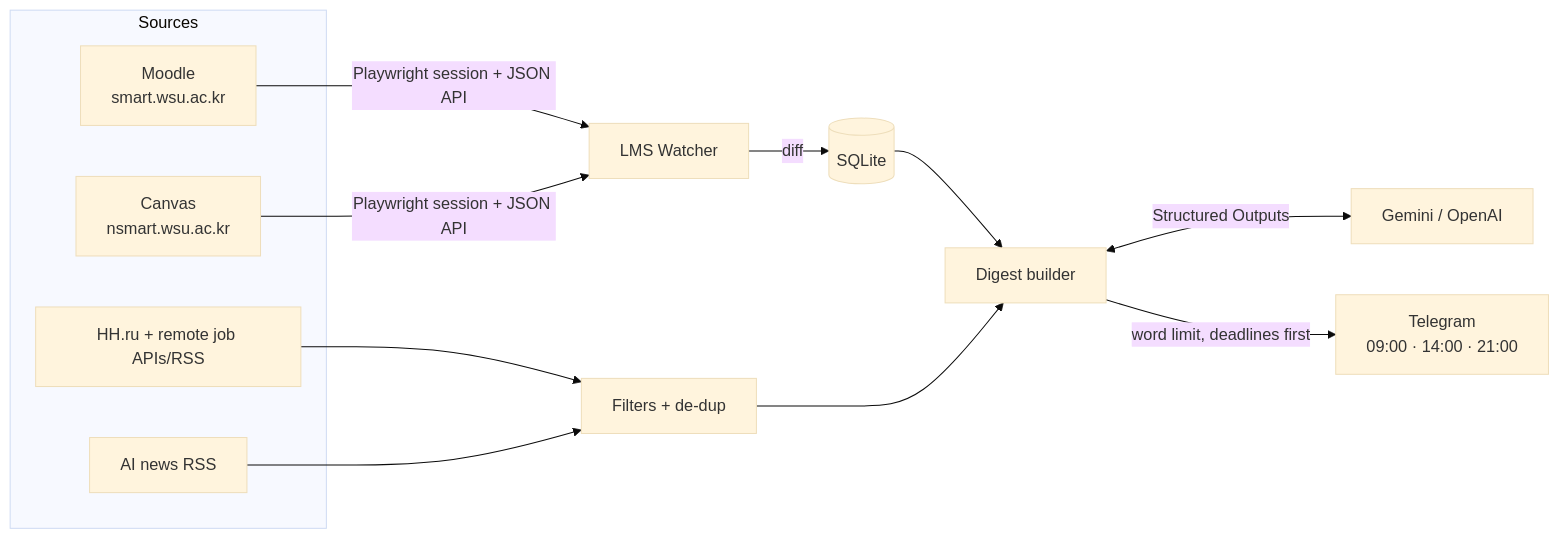
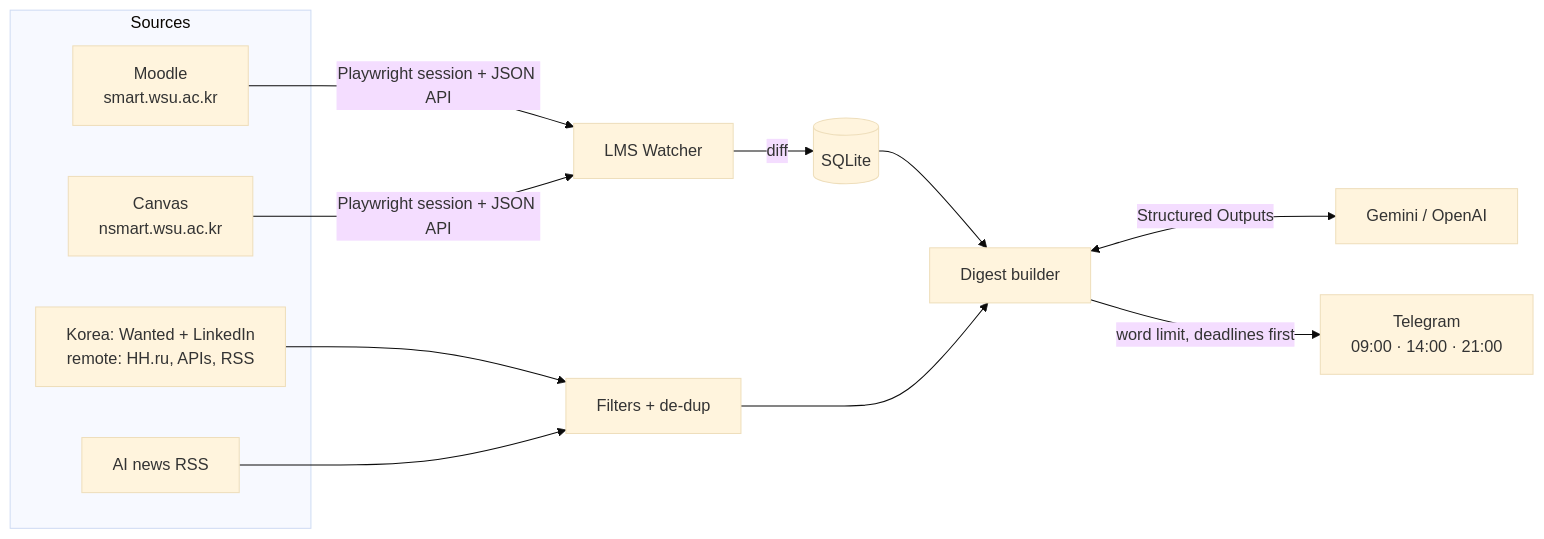
One commit to askarbekkk/ai-daily-assistant changed the diagram in README.md. Above: the diagram before and after it, drawn with Mermaid (base theme). The commit also changed other lines of this file and 7 other files, not shown here.

````diff
--- a/README.md
+++ b/README.md
@@ -54,16 +54,16 @@
 ```mermaid
 flowchart LR
   subgraph Sources
     LMS1[Moodle<br/>smart.wsu.ac.kr]
     LMS2[Canvas<br/>nsmart.wsu.ac.kr]
-    JOBS[HH.ru + remote job APIs/RSS]
+    JOBS[Korea: Wanted + LinkedIn<br/>remote: HH.ru, APIs, RSS]
     NEWS[AI news RSS]
   end
   LMS1 & LMS2 -->|Playwright session + JSON API| W[LMS Watcher]
   W -->|diff| DB[(SQLite)]
   JOBS & NEWS --> F[Filters + de-dup]
   DB --> D[Digest builder]
   F --> D
   D <-->|Structured Outputs| LLM[Gemini / OpenAI]
   D -->|word limit, deadlines first| TG[Telegram<br/>09:00 · 14:00 · 21:00]
 ```
````
